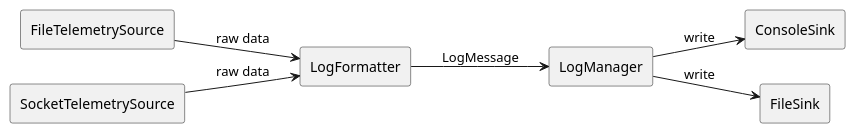
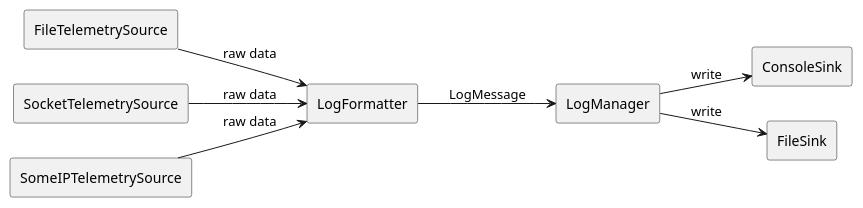
The diagram in diagrams/Component_Diagram.puml (YouhanaBeshay/LogArbiter), drawn with PlantUML before and after one commit. The commit also changed 11 other files, not shown here.

```diff
--- a/diagrams/Component_Diagram.puml
+++ b/diagrams/Component_Diagram.puml
@@ -1,15 +1,16 @@
 @startuml Component_Diagram
 
 
 skinparam componentStyle rectangle
 
 left to right direction
 
 [FileTelemetrySource] --> [LogFormatter] : raw data
 [SocketTelemetrySource] --> [LogFormatter] : raw data
+[SomeIPTelemetrySource] --> [LogFormatter] : raw data
 [LogFormatter] --> [LogManager] : LogMessage
 [LogManager] --> [ConsoleSink] : write
 [LogManager] --> [FileSink] : write
 
 
 @enduml
```
